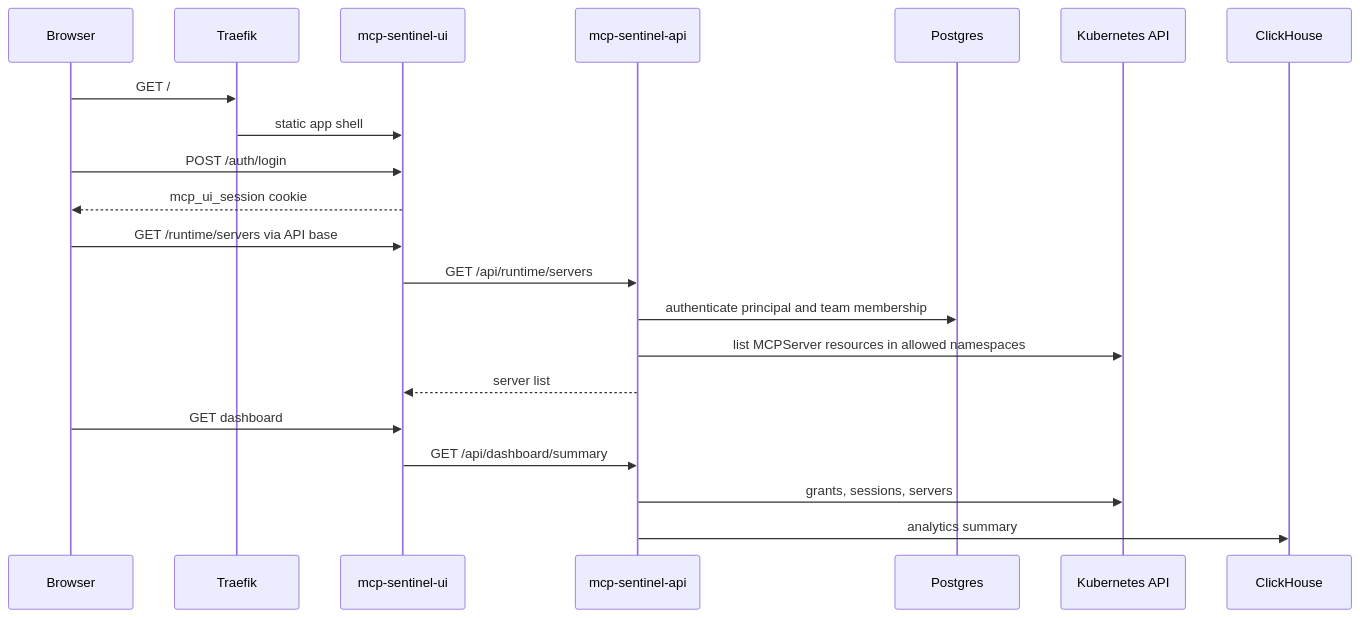
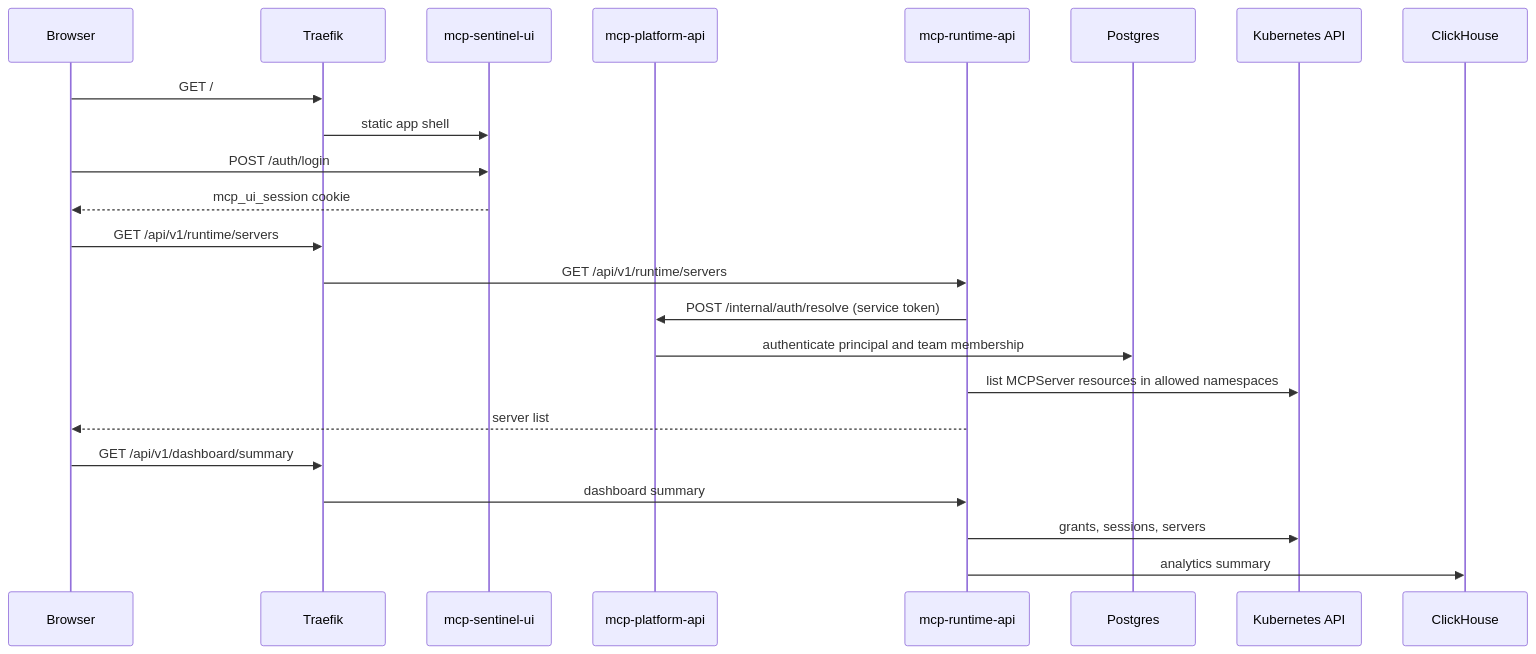
The fifth of 9 diagrams in docs/internals/request-flows.md (Agent-Hellboy/mcp-runtime), drawn with Mermaid before and after one commit. The commit also changed other lines of this file and 351 other files, not shown here.

First line of the commit message:
feat(sentinel): split mcp-sentinel-api into platform, runtime, and analytics services (#324)

````diff
--- a/docs/internals/request-flows.md
+++ b/docs/internals/request-flows.md
@@ -154,24 +154,26 @@
 ```mermaid
 sequenceDiagram
     participant Browser
     participant Ingress as Traefik
     participant UI as mcp-sentinel-ui
-    participant API as mcp-sentinel-api
+    participant Platform as mcp-platform-api
+    participant Runtime as mcp-runtime-api
     participant DB as Postgres
     participant K8s as Kubernetes API
     participant Store as ClickHouse
 
     Browser->>Ingress: GET /
     Ingress->>UI: static app shell
     Browser->>UI: POST /auth/login
     UI-->>Browser: mcp_ui_session cookie
-    Browser->>UI: GET /runtime/servers via API base
-    UI->>API: GET /api/runtime/servers
-    API->>DB: authenticate principal and team membership
-    API->>K8s: list MCPServer resources in allowed namespaces
-    API-->>UI: server list
-    Browser->>UI: GET dashboard
-    UI->>API: GET /api/dashboard/summary
-    API->>K8s: grants, sessions, servers
-    API->>Store: analytics summary
+    Browser->>Ingress: GET /api/v1/runtime/servers
+    Ingress->>Runtime: GET /api/v1/runtime/servers
+    Runtime->>Platform: POST /internal/auth/resolve (service token)
+    Platform->>DB: authenticate principal and team membership
+    Runtime->>K8s: list MCPServer resources in allowed namespaces
+    Runtime-->>Browser: server list
+    Browser->>Ingress: GET /api/v1/dashboard/summary
+    Ingress->>Runtime: dashboard summary
+    Runtime->>K8s: grants, sessions, servers
+    Runtime->>Store: analytics summary
 ```
````
